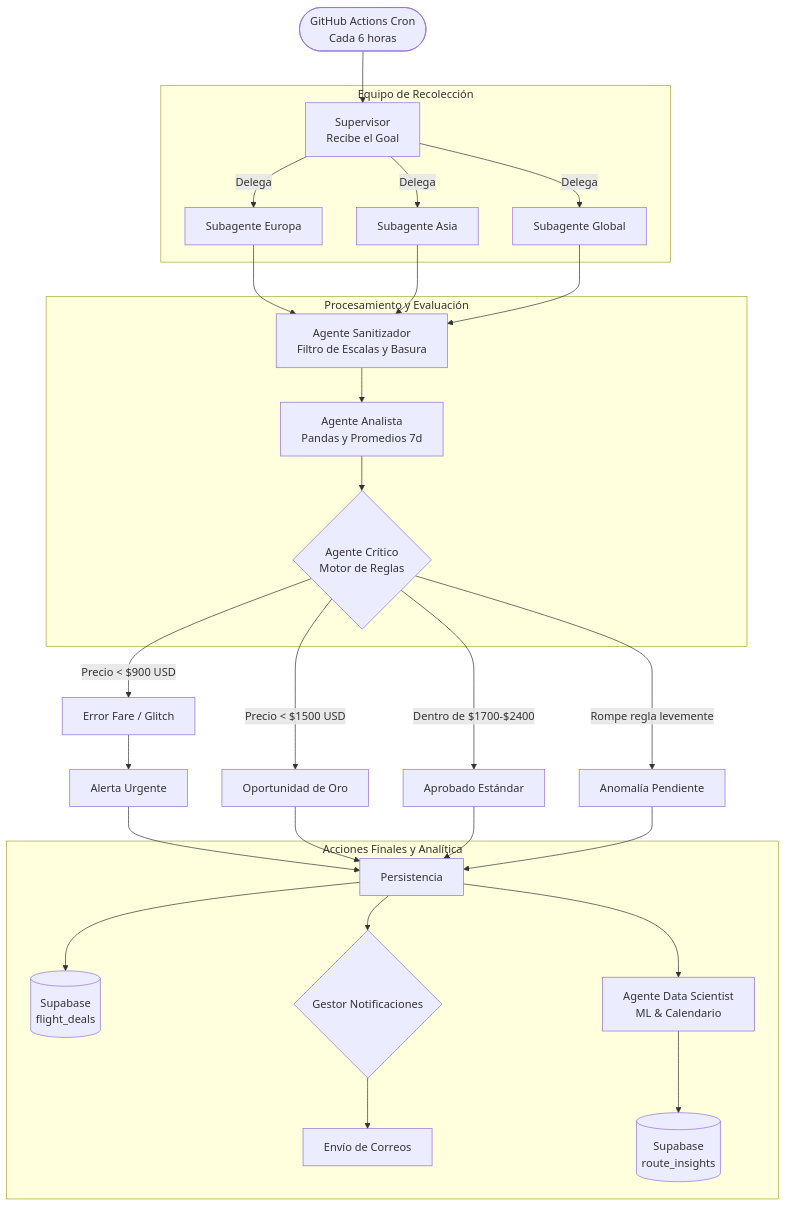
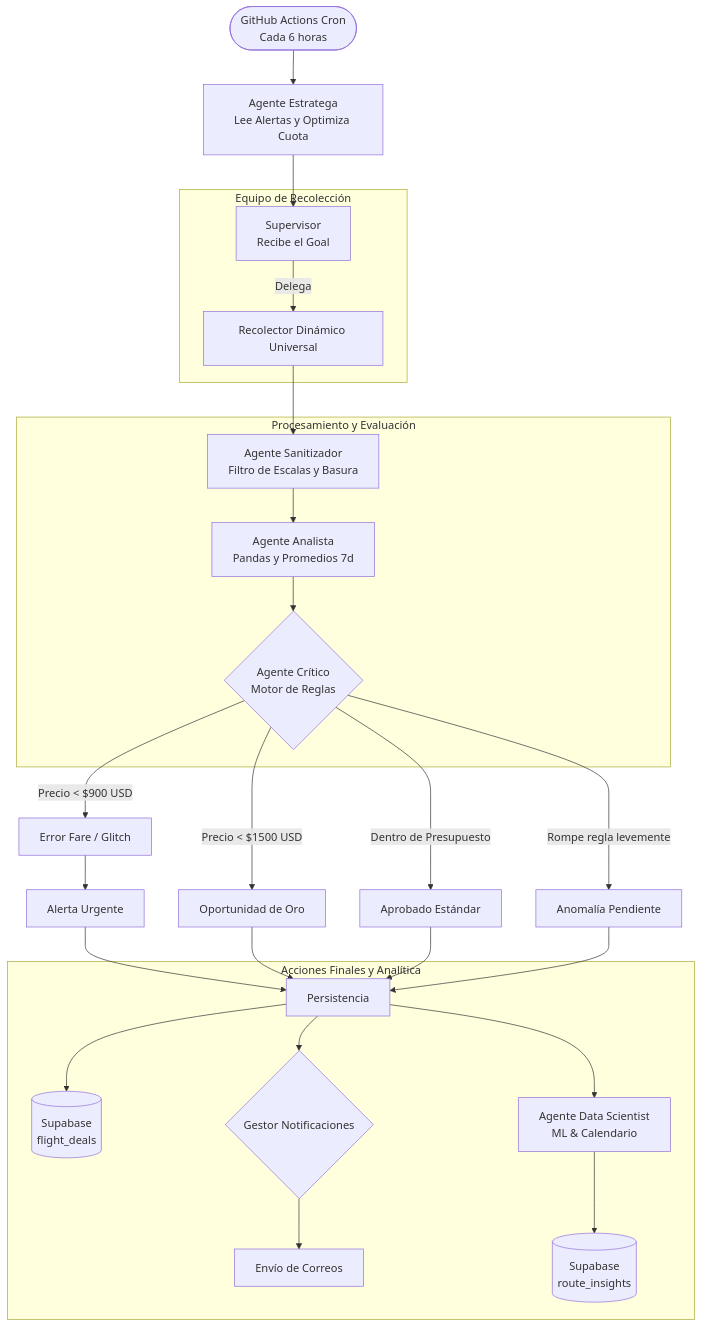
Before and after one commit to Bomastulacio/FLY-HUNTER: the diagram in README.md, drawn with Mermaid. The commit also changed other lines of this file and 34 other files, not shown here.

Commit message:
chore: remove unused videos folder and update README with dynamic strategist architecture

````diff
--- a/README.md
+++ b/README.md
@@ -19,40 +19,38 @@
 ```mermaid
 graph TD
-    Trigger([GitHub Actions Cron<br>Cada 6 horas]) --> Sup
+    Trigger([GitHub Actions Cron<br>Cada 6 horas]) --> Estratega
+    
+    Estratega[Agente Estratega<br>Lee Alertas y Optimiza Cuota] --> Sup
     
     subgraph Equipo de Recolección
-        Sup[Supervisor<br>Recibe el Goal] -->|Delega| AE[Subagente Europa]
-        Sup -->|Delega| AA[Subagente Asia]
-        Sup -->|Delega| AC[Subagente Global]
+        Sup[Supervisor<br>Recibe el Goal] -->|Delega| Recolector[Recolector Dinámico Universal]
     end
 
-    AE --> Sanitizador
-    AA --> Sanitizador
-    AC --> Sanitizador
+    Recolector --> Sanitizador
 
     subgraph Procesamiento y Evaluación
         Sanitizador[Agente Sanitizador<br>Filtro de Escalas y Basura] --> Analista
         Analista[Agente Analista<br>Pandas y Promedios 7d] --> Critico
         Critico{Agente Crítico<br>Motor de Reglas}
     end
 
     Critico -->|Precio < $900 USD| Glitch[Error Fare / Glitch]
     Critico -->|Precio < $1500 USD| Oro[Oportunidad de Oro]
-    Critico -->|Dentro de $1700-$2400| OK[Aprobado Estándar]
+    Critico -->|Dentro de Presupuesto| OK[Aprobado Estándar]
     Critico -->|Rompe regla levemente| Anomalia[Anomalía Pendiente]
 
     Glitch --> NotifUrgente[Alerta Urgente]
     NotifUrgente --> Persist
     Oro --> Persist[Persistencia]
     OK --> Persist
     Anomalia --> Persist
 
     subgraph Acciones Finales y Analítica
         Persist --> DB[(Supabase<br>flight_deals)]
         Persist --> Notif{Gestor Notificaciones}
         Notif --> Email[Envío de Correos]
         
         Persist --> DS[Agente Data Scientist<br>ML & Calendario]
         DS --> DB2[(Supabase<br>route_insights)]
     end
 ```
````
